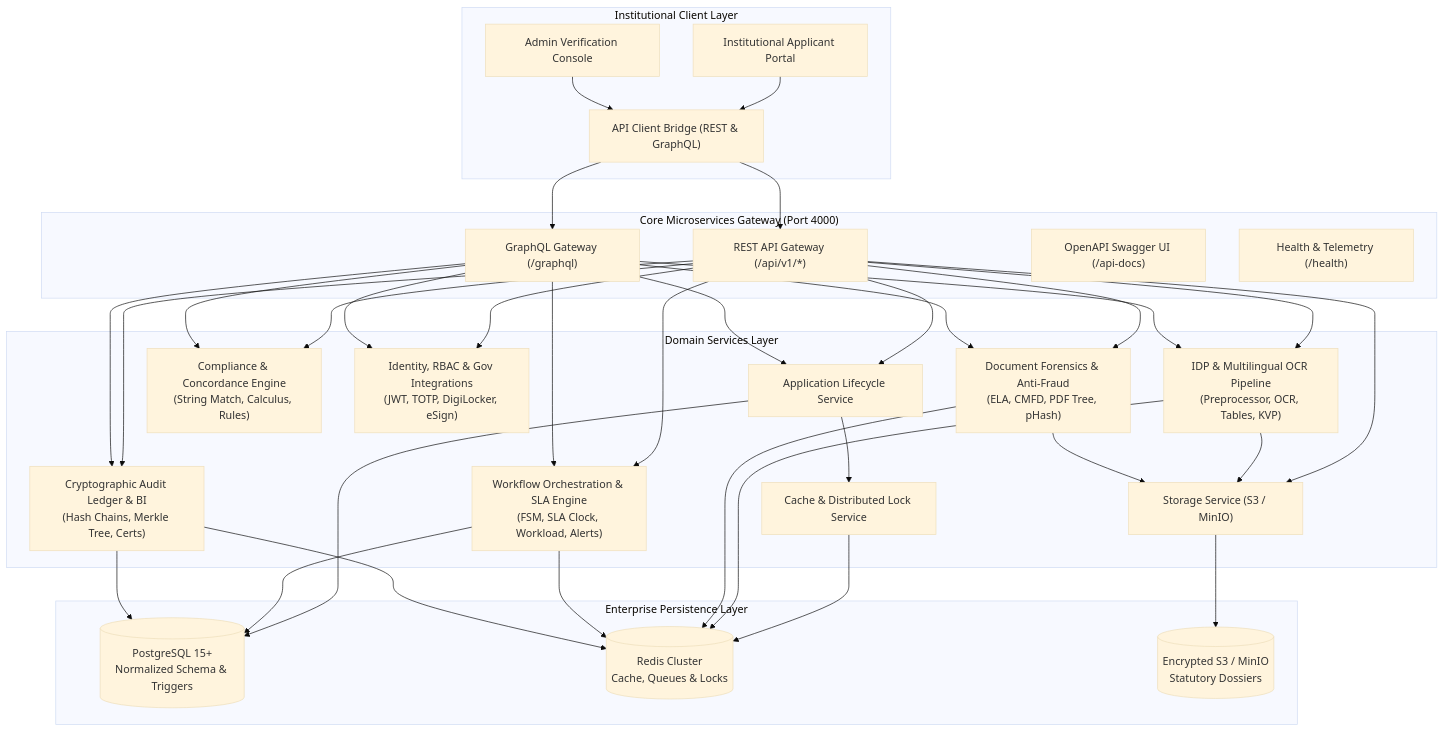
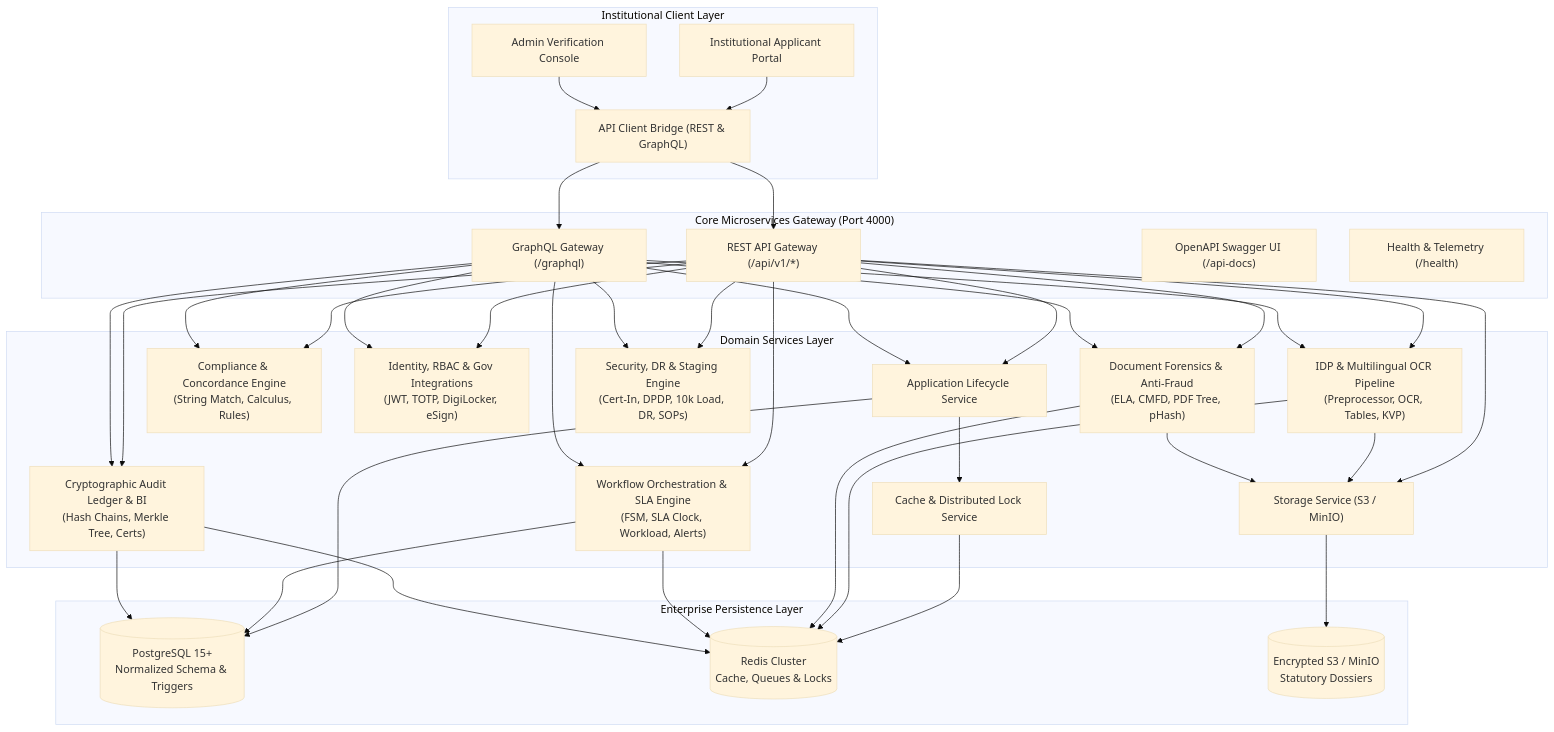
One commit to nitin24x7/SatyaSetu_AI changed the diagram in README.md. Above: the diagram before and after it, drawn with Mermaid (base theme). The commit also changed other lines of this file and 16 other files, not shown here.

Commit message:
feat(security): complete Phase 10 CERT-In Auditing, Load Testing, Disaster Recovery & National Staging Runbooks

````diff
--- a/README.md
+++ b/README.md
@@ -68,65 +75,68 @@
 ```mermaid
 flowchart TD
     subgraph Client["Institutional Client Layer"]
         A["Institutional Applicant Portal"]
         B["Admin Verification Console"]
         C["API Client Bridge (REST & GraphQL)"]
     end
 
     subgraph Gateway["Core Microservices Gateway (Port 4000)"]
         D["REST API Gateway (/api/v1/*)"]
         E["GraphQL Gateway (/graphql)"]
         F["OpenAPI Swagger UI (/api-docs)"]
         G["Health & Telemetry (/health)"]
     end
 
     subgraph CoreServices["Domain Services Layer"]
         H["Application Lifecycle Service"]
         I["Storage Service (S3 / MinIO)"]
         J["Cache & Distributed Lock Service"]
         IDP["IDP & Multilingual OCR Pipeline\n(Preprocessor, OCR, Tables, KVP)"]
         COMP["Compliance & Concordance Engine\n(String Match, Calculus, Rules)"]
         AUTH["Identity, RBAC & Gov Integrations\n(JWT, TOTP, DigiLocker, eSign)"]
         FOR["Document Forensics & Anti-Fraud\n(ELA, CMFD, PDF Tree, pHash)"]
         WF["Workflow Orchestration & SLA Engine\n(FSM, SLA Clock, Workload, Alerts)"]
         LEDGER["Cryptographic Audit Ledger & BI\n(Hash Chains, Merkle Tree, Certs)"]
+        SEC["Security, DR & Staging Engine\n(Cert-In, DPDP, 10k Load, DR, SOPs)"]
     end
 
     subgraph Persistence["Enterprise Persistence Layer"]
         K[("PostgreSQL 15+\nNormalized Schema & Triggers")]
         L[("Redis Cluster\nCache, Queues & Locks")]
         M[("Encrypted S3 / MinIO\nStatutory Dossiers")]
     end
 
     A --> C
     B --> C
     C --> D
     C --> E
     D --> H
     D --> I
     D --> IDP
     D --> COMP
     D --> AUTH
     D --> FOR
     D --> WF
     D --> LEDGER
+    D --> SEC
     E --> H
     E --> IDP
     E --> COMP
     E --> AUTH
     E --> FOR
     E --> WF
     E --> LEDGER
+    E --> SEC
     H --> J
     H --> K
     I --> M
     J --> L
     IDP --> L
     IDP --> I
     FOR --> L
     FOR --> I
     WF --> L
     WF --> K
     LEDGER --> K
     LEDGER --> L
 ```
````
